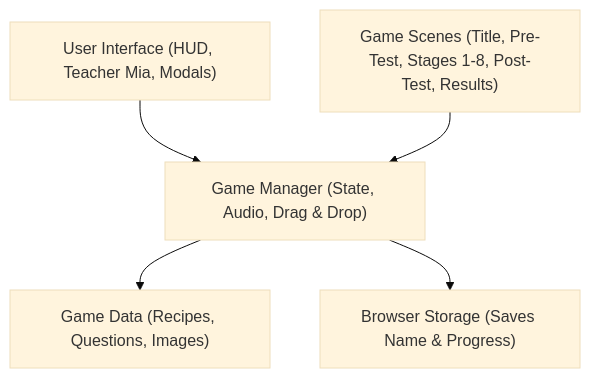
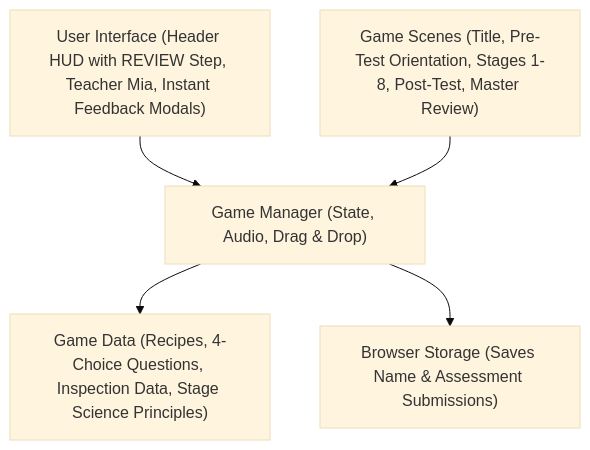
The first of 4 diagrams in docs/SYSTEM_DIAGRAMS.md (gjcodess/PithQuest), drawn with Mermaid (base theme) before and after one commit. The commit also changed other lines of this file, not shown here.

First line of the commit message:
docs: update system diagrams and flowcharts for formative feedback and Master Review flow

````diff
--- a/docs/SYSTEM_DIAGRAMS.md
+++ b/docs/SYSTEM_DIAGRAMS.md
@@ -8,7 +8,7 @@
 ```mermaid
 graph TD
-    UI["User Interface (HUD, Teacher Mia, Modals)"] --> Manager["Game Manager (State, Audio, Drag & Drop)"]
-    Scenes["Game Scenes (Title, Pre-Test, Stages 1-8, Post-Test, Results)"] --> Manager
-    Manager --> Data["Game Data (Recipes, Questions, Images)"]
-    Manager --> Storage["Browser Storage (Saves Name & Progress)"]
+    UI["User Interface (Header HUD with REVIEW Step, Teacher Mia, Instant Feedback Modals)"] --> Manager["Game Manager (State, Audio, Drag & Drop)"]
+    Scenes["Game Scenes (Title, Pre-Test Orientation, Stages 1-8, Post-Test, Master Review)"] --> Manager
+    Manager --> Data["Game Data (Recipes, 4-Choice Questions, Inspection Data, Stage Science Principles)"]
+    Manager --> Storage["Browser Storage (Saves Name & Assessment Submissions)"]
 ```
````
